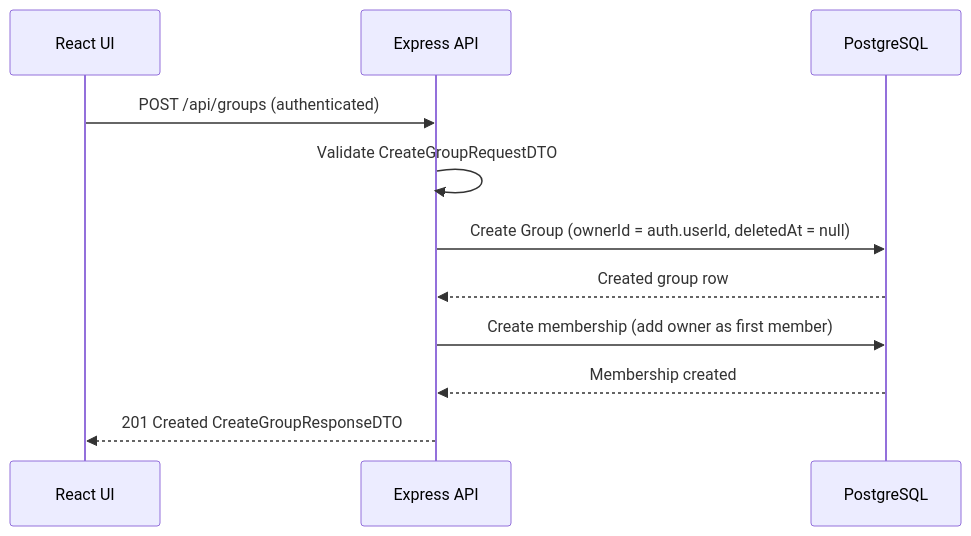
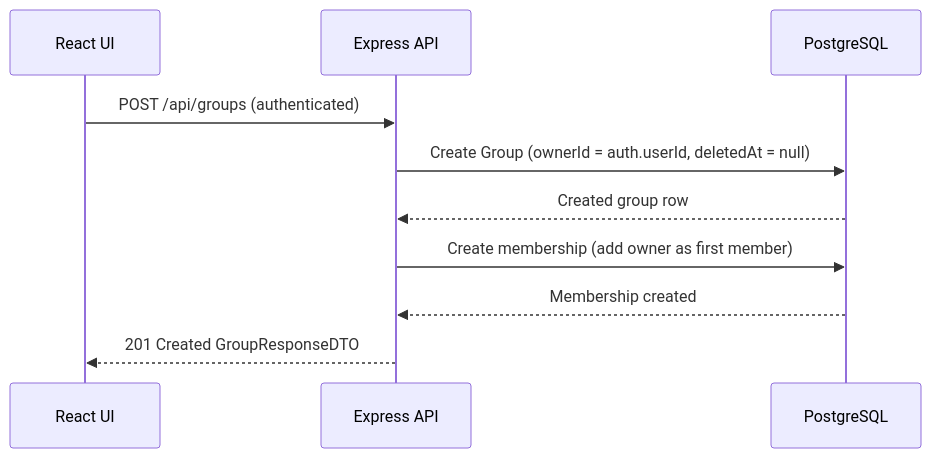
The diagram in docs/flows/db/groups/create-group.data-flow.md (Zamperi/MovieApp), drawn with Mermaid before and after one commit. The commit also changed other lines of this file and 18 other files, not shown here.

Commit message:
fetch groups, group and create group done

````diff
--- a/docs/flows/db/groups/create-group.data-flow.md
+++ b/docs/flows/db/groups/create-group.data-flow.md
@@ -2,14 +2,13 @@
 ```mermaid
 sequenceDiagram
     participant UI as React UI
     participant API as Express API
     participant DB as PostgreSQL
 
     UI->>API: POST /api/groups (authenticated)
-    API->>API: Validate CreateGroupRequestDTO
     API->>DB: Create Group (ownerId = auth.userId, deletedAt = null)
     DB-->>API: Created group row
     API->>DB: Create membership (add owner as first member)
     DB-->>API: Membership created
-    API-->>UI: 201 Created CreateGroupResponseDTO
+    API-->>UI: 201 Created GroupResponseDTO
 ```
````
